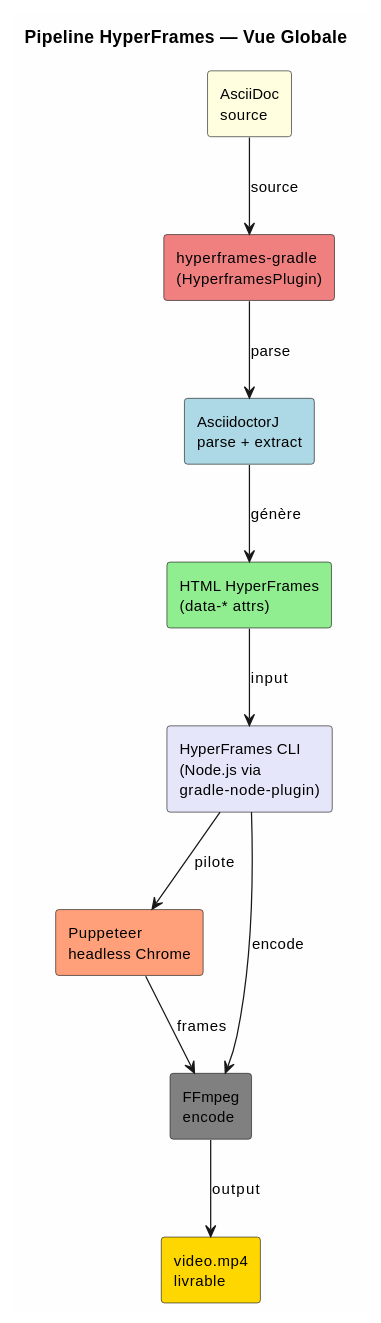
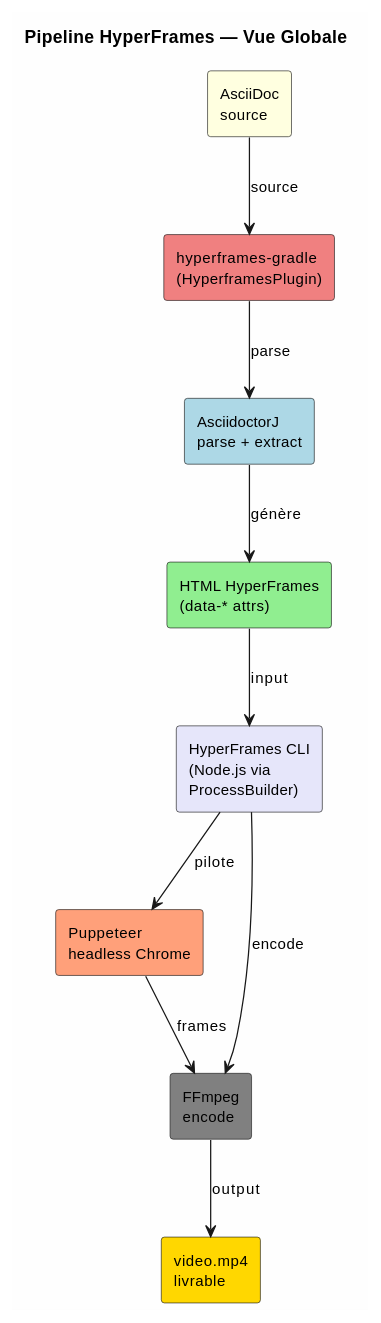
The first of 3 diagrams in hyperframes-plugin/doc/HYPERFRAMES_ARCHITECTURE.adoc (cccp-education/hyperframes-gradle), drawn with PlantUML before and after one commit. The commit also changed other lines of this file and 18 other files, not shown here.

```diff
--- a/hyperframes-plugin/doc/HYPERFRAMES_ARCHITECTURE.adoc
+++ b/hyperframes-plugin/doc/HYPERFRAMES_ARCHITECTURE.adoc
@@ -61,27 +61,27 @@
 [plantuml,target="pipeline-global",format="svg"]
 ----
 @startuml
 skinparam backgroundColor #FEFEFE
 skinparam defaultFontSize 12
 
 title Pipeline HyperFrames — Vue Globale
 
 rectangle "AsciiDoc\nsource" as adoc #LightYellow
 rectangle "hyperframes-gradle\n(HyperframesPlugin)" as plugin #LightCoral
 rectangle "AsciidoctorJ\nparse + extract" as asciidoctorj #LightBlue
 rectangle "HTML HyperFrames\n(data-* attrs)" as html #LightGreen
-rectangle "HyperFrames CLI\n(Node.js via\ngradle-node-plugin)" as cli #Lavender
+rectangle "HyperFrames CLI\n(Node.js via\nProcessBuilder)" as cli #Lavender
 rectangle "Puppeteer\nheadless Chrome" as puppeteer #LightSalmon
 rectangle "FFmpeg\nencode" as ffmpeg #Gray
 rectangle "video.mp4\nlivrable" as livrable #Gold
 
 adoc --> plugin : source
 plugin --> asciidoctorj : parse
 asciidoctorj --> html : génère
 html --> cli : input
 cli --> puppeteer : pilote
 cli --> ffmpeg : encode
 puppeteer --> ffmpeg : frames
 ffmpeg --> livrable : output
 @enduml
 ----
```
